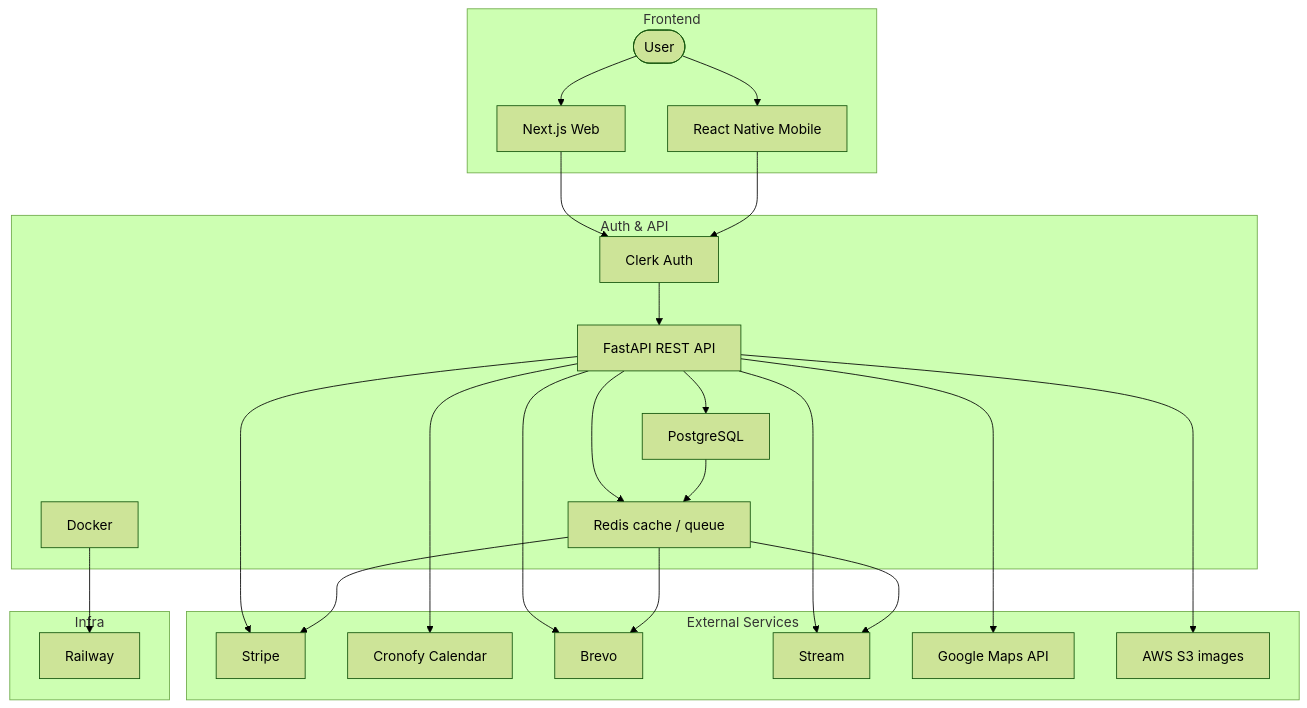
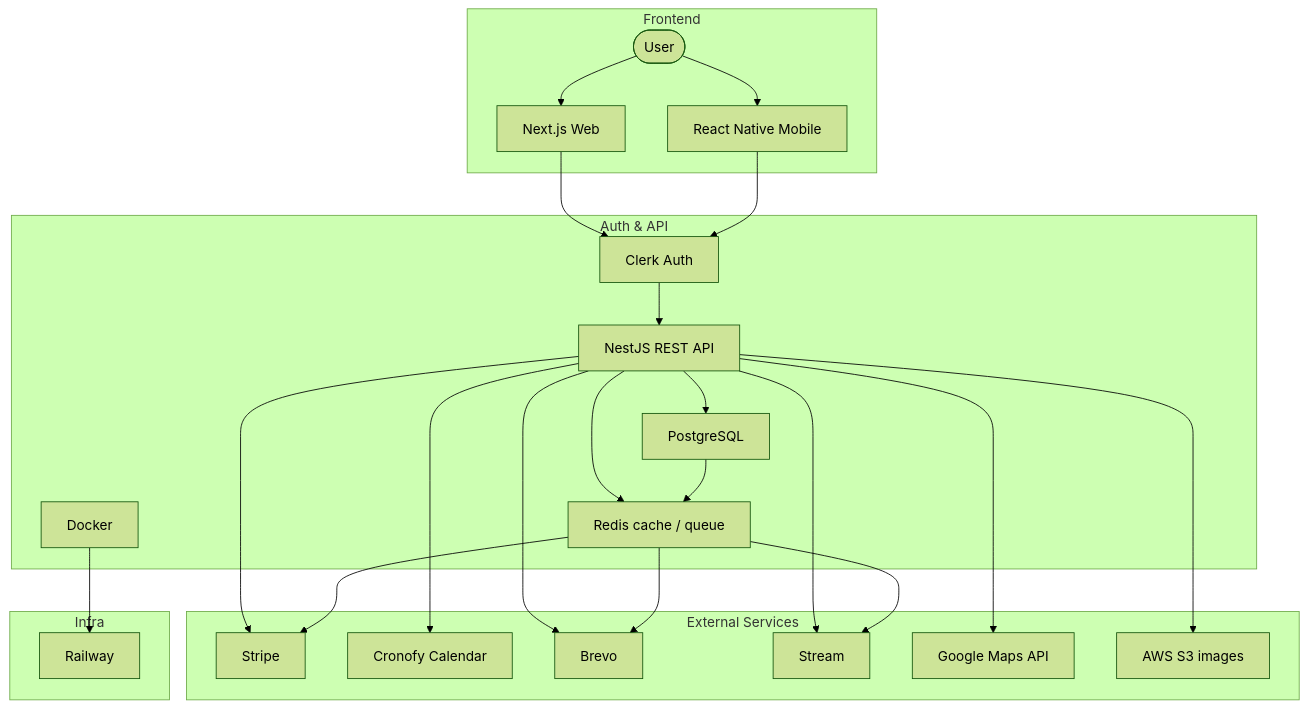
The diagram in README.md (LabsFood/LF-BackEnd), drawn with Mermaid (forest theme) before and after one commit. The commit also changed other lines of this file and 158 other files, not shown here.

````diff
--- a/README.md
+++ b/README.md
@@ -44,48 +45,48 @@
 ```mermaid
 graph TD
     subgraph Frontend
         A([User])
         B[Next.js Web]
         C[React Native Mobile]
     end
 
     subgraph Auth_and_API["Auth & API"]
         D[Clerk Auth]
-        E[FastAPI REST API]
+        E[NestJS REST API]
         F[Docker]
         G[Redis cache / queue]
         H[PostgreSQL]
     end
 
     subgraph External_Services["External Services"]
         I[Stripe]
         J[Cronofy Calendar]
         K[Brevo]
         L[Stream]
         M[Google Maps API]
         N[AWS S3 images]
     end
 
     subgraph Infra
         O[Railway]
     end
 
     A --> B
     A --> C
     B --> D
     C --> D
     D --> E
     E --> H
     E --> G
     E --> I
     E --> J
     E --> K
     E --> L
     E --> M
     E --> N
     G --> K
     G --> L
     G --> I
     H --> G
     F --> O
 ```
````
